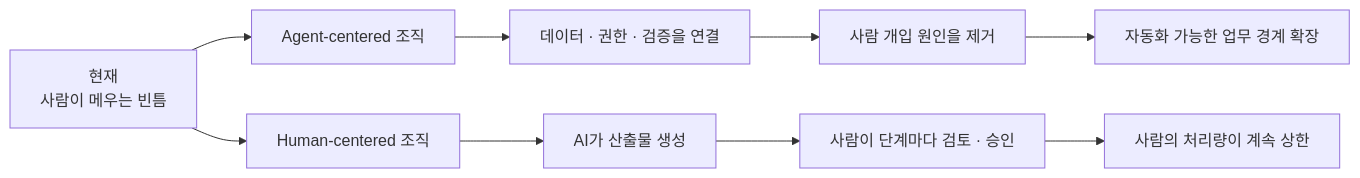
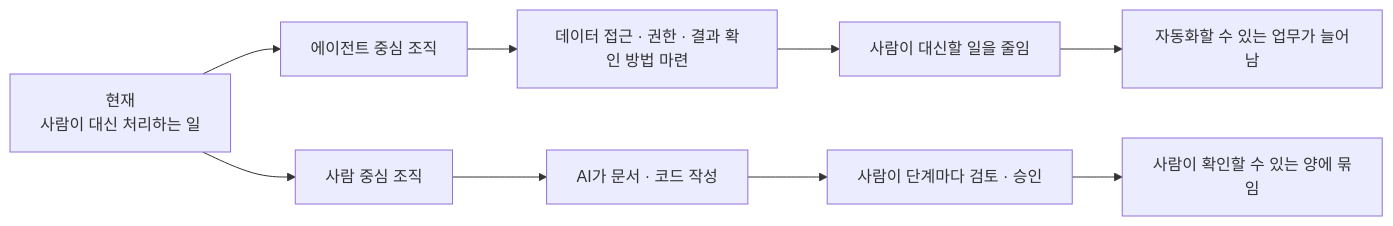
One commit to haandol/haandol.github.com changed the second of 4 diagrams in _posts/2026-09-06-my-thoughts-on-aws-ai-dlc.md. Above: the diagram before and after it, drawn with Mermaid. The commit also changed other lines of this file and 2 other files, not shown here.

````diff
--- a/_posts/2026-09-06-my-thoughts-on-aws-ai-dlc.md
+++ b/_posts/2026-09-06-my-thoughts-on-aws-ai-dlc.md
@@ -102,13 +104,13 @@
 ```mermaid
 flowchart LR
-    S["현재<br/>사람이 메우는 빈틈"] --> A1["Agent-centered 조직"]
-    S --> H1["Human-centered 조직"]
+    S["현재<br/>사람이 대신 처리하는 일"] --> A1["에이전트 중심 조직"]
+    S --> H1["사람 중심 조직"]
 
-    A1 --> A2["데이터 · 권한 · 검증을 연결"]
-    A2 --> A3["사람 개입 원인을 제거"]
-    A3 --> A4["자동화 가능한 업무 경계 확장"]
+    A1 --> A2["데이터 접근 · 권한 · 결과 확인 방법 마련"]
+    A2 --> A3["사람이 대신할 일을 줄임"]
+    A3 --> A4["자동화할 수 있는 업무가 늘어남"]
 
-    H1 --> H2["AI가 산출물 생성"]
+    H1 --> H2["AI가 문서 · 코드 작성"]
     H2 --> H3["사람이 단계마다 검토 · 승인"]
-    H3 --> H4["사람의 처리량이 계속 상한"]
+    H3 --> H4["사람이 확인할 수 있는 양에 묶임"]
 ```
````
